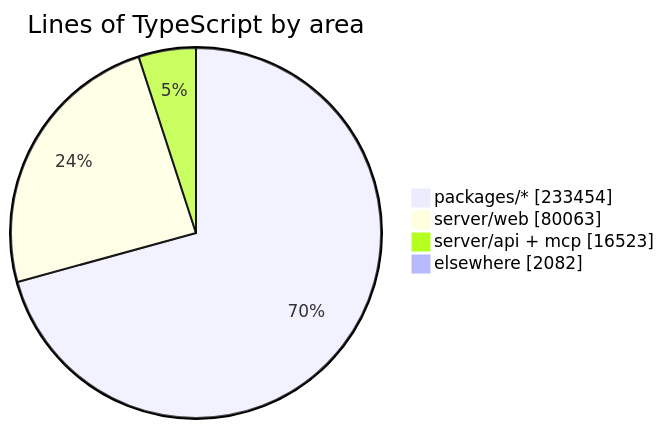
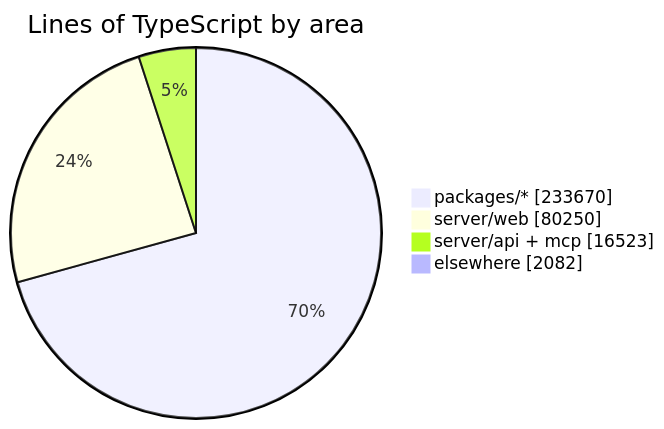
One commit to crossworks-engineering/mantle changed the diagram in README.md. Above: the diagram before and after it, drawn with Mermaid. The commit also changed other lines of this file and 2 other files, not shown here.

````diff
--- a/README.md
+++ b/README.md
@@ -287,7 +287,7 @@
 ```mermaid
 pie showData title Lines of TypeScript by area
-    "packages/*" : 233454
-    "server/web" : 80063
+    "packages/*" : 233670
+    "server/web" : 80250
     "server/api + mcp" : 16523
     "elsewhere" : 2082
 ```
````
